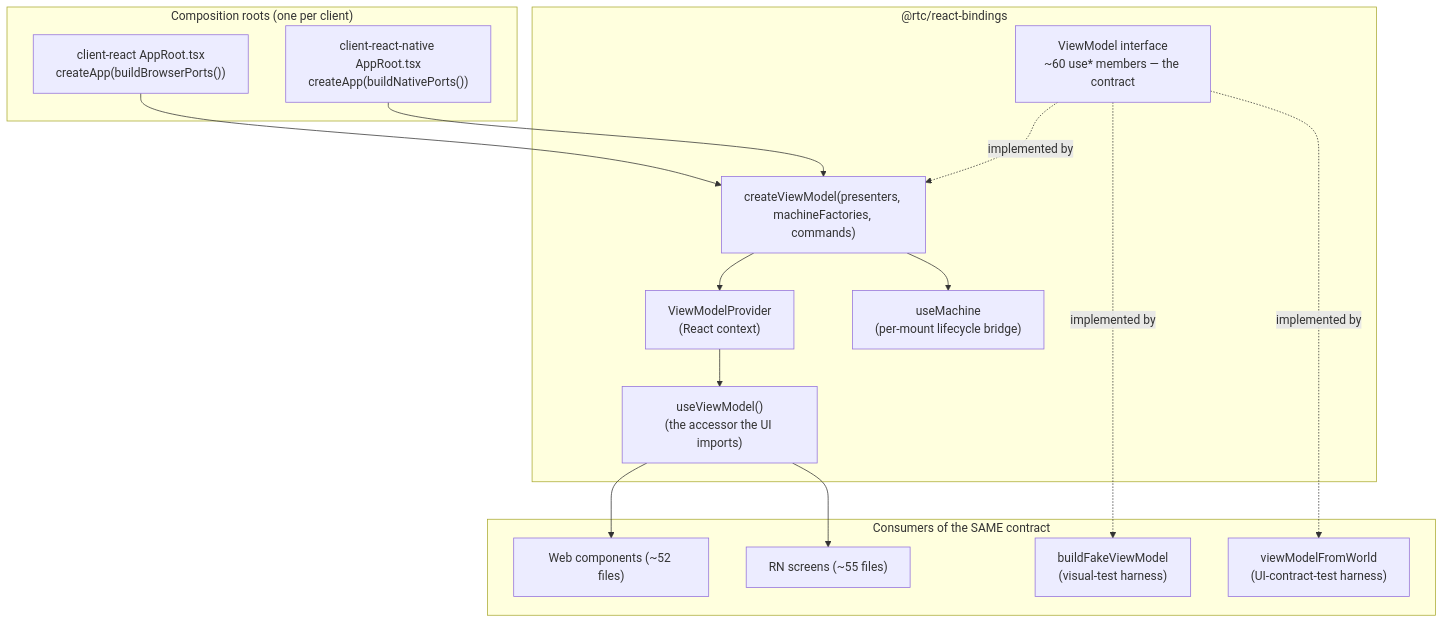
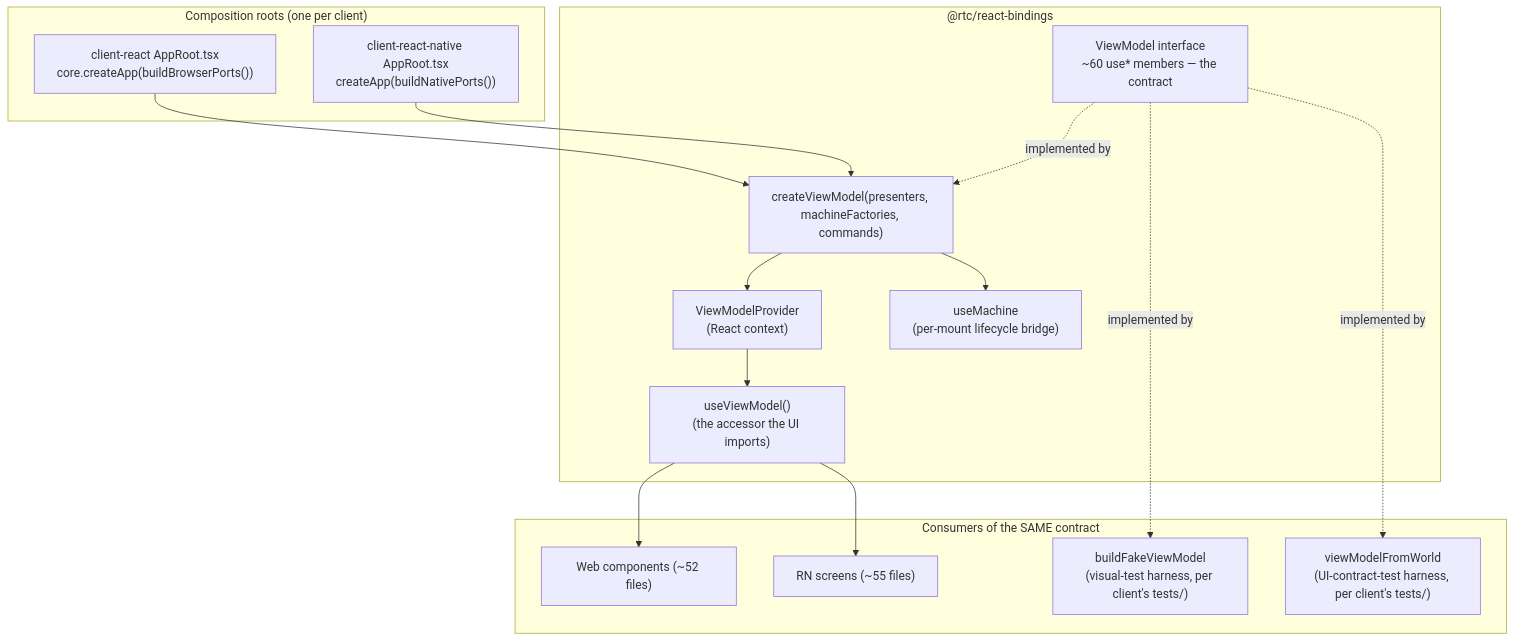
One commit to bettersoftware-io/ReactiveTraderCloudClone changed diagram 11 of 11 in docs/architecture/03-uml-class-diagrams.md. Above: the diagram before and after it, drawn with Mermaid. The commit also changed other lines of this file, not shown here.

First line of the commit message:
docs(architecture): UML chapter draws the port factories that exist

````diff
--- a/docs/architecture/03-uml-class-diagrams.md
+++ b/docs/architecture/03-uml-class-diagrams.md
@@ -587,33 +590,33 @@
 ```mermaid
 flowchart TB
     subgraph bindings["@rtc/react-bindings"]
         VMtype["ViewModel interface<br/>~60 use* members — the contract"]
         factory["createViewModel(presenters, machineFactories, commands)"]
         provider["ViewModelProvider<br/>(React context)"]
         accessor["useViewModel()<br/>(the accessor the UI imports)"]
         um["useMachine<br/>(per-mount lifecycle bridge)"]
     end
 
     subgraph roots["Composition roots (one per client)"]
-        webRoot["client-react AppRoot.tsx<br/>createApp(buildBrowserPorts())"]
+        webRoot["client-react AppRoot.tsx<br/>core.createApp(buildBrowserPorts())"]
         rnRoot["client-react-native AppRoot.tsx<br/>createApp(buildNativePorts())"]
     end
 
     subgraph consumers["Consumers of the SAME contract"]
         webUI["Web components (~52 files)"]
         rnUI["RN screens (~55 files)"]
-        fakeVm["buildFakeViewModel<br/>(visual-test harness)"]
-        worldVm["viewModelFromWorld<br/>(UI-contract-test harness)"]
+        fakeVm["buildFakeViewModel<br/>(visual-test harness, per client's tests/)"]
+        worldVm["viewModelFromWorld<br/>(UI-contract-test harness, per client's tests/)"]
     end
 
     webRoot --> factory
     rnRoot --> factory
     factory --> provider
     provider --> accessor
     factory --> um
     accessor --> webUI
     accessor --> rnUI
     VMtype -.implemented by.-> factory
     VMtype -.implemented by.-> fakeVm
     VMtype -.implemented by.-> worldVm
 ```
````
